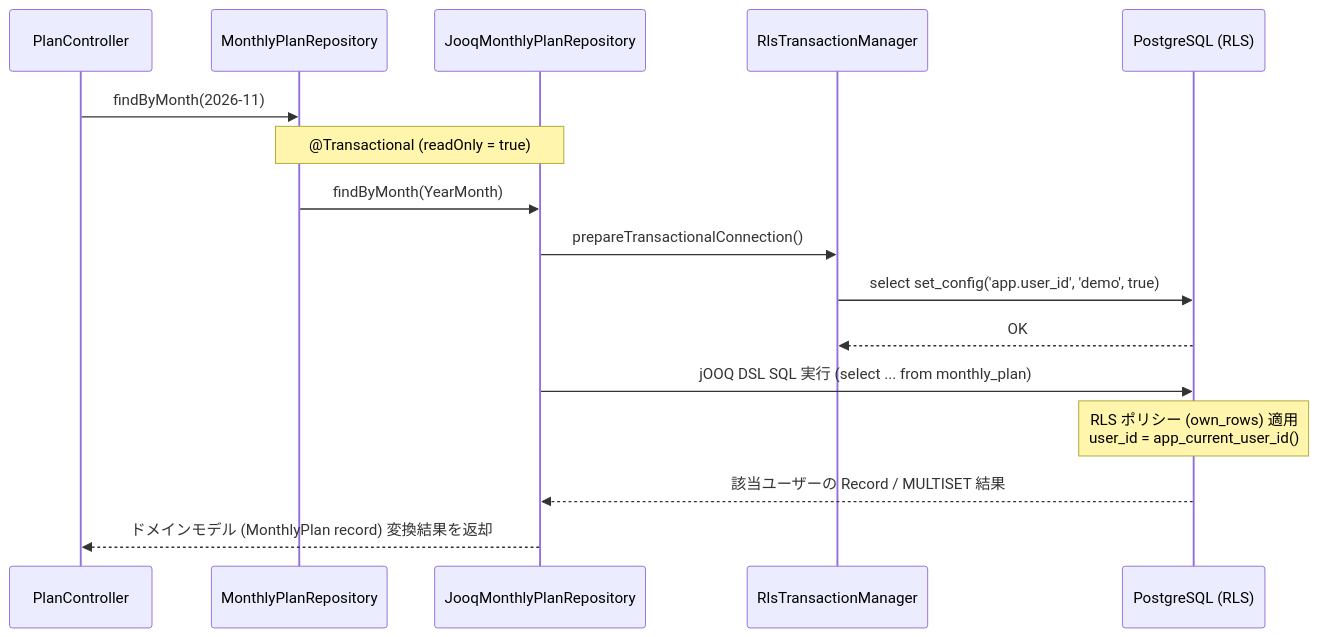
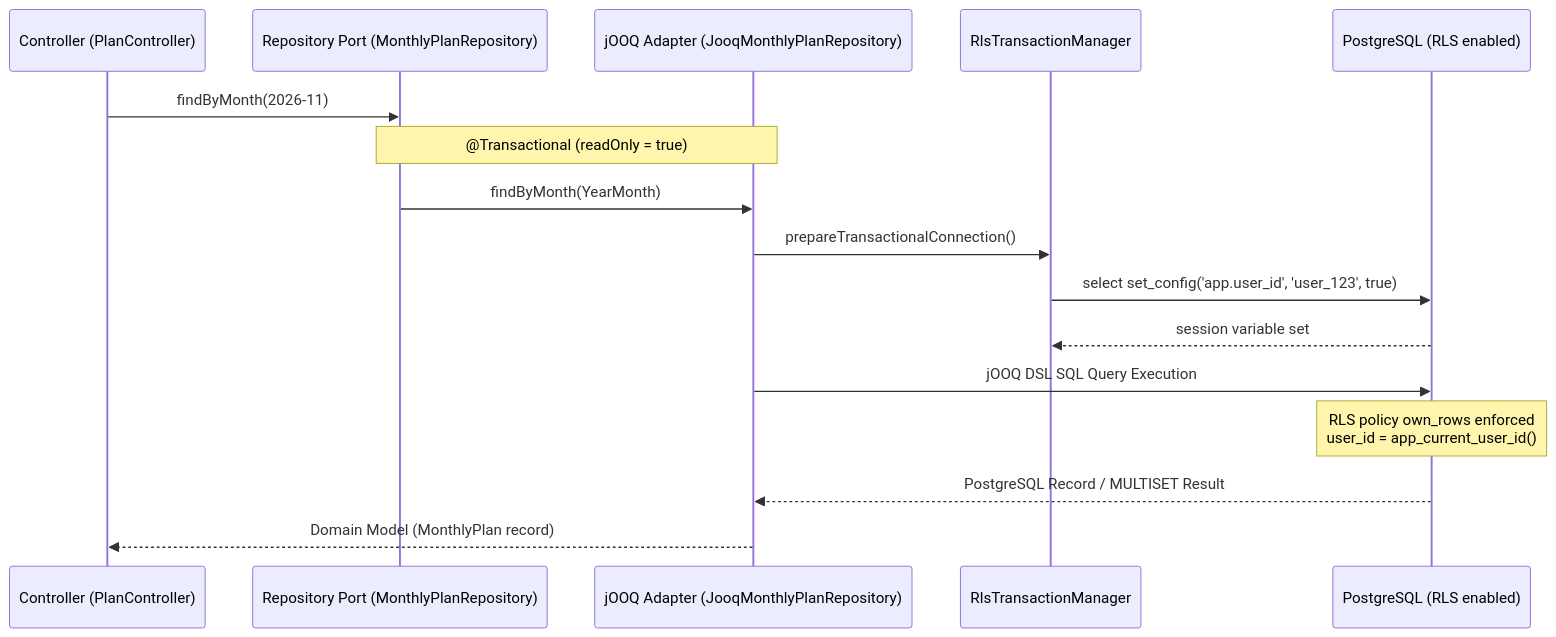
Before and after one commit to tis-abe-akira/run-buddy: the diagram in openwiki/architecture/persistence-rls.md, drawn with Mermaid. The commit also changed other lines of this file and 14 other files, not shown here.

````diff
--- a/openwiki/architecture/persistence-rls.md
+++ b/openwiki/architecture/persistence-rls.md
@@ -108,19 +111,19 @@
 ```mermaid
 sequenceDiagram
-    participant Controller as PlanController
-    participant Port as MonthlyPlanRepository
-    participant Adapter as JooqMonthlyPlanRepository
-    participant TxManager as RlsTransactionManager
-    participant Database as PostgreSQL (RLS)
+    participant C as Controller (PlanController)
+    participant P as Repository Port (MonthlyPlanRepository)
+    participant A as jOOQ Adapter (JooqMonthlyPlanRepository)
+    participant TM as RlsTransactionManager
+    participant DB as PostgreSQL (RLS enabled)
 
-    Controller->>Port: findByMonth(2026-11)
-    Note over Port,Adapter: @Transactional (readOnly = true)
-    Port->>Adapter: findByMonth(YearMonth)
-    Adapter->>TxManager: prepareTransactionalConnection()
-    TxManager->>Database: select set_config('app.user_id', 'demo', true)
-    Database-->>TxManager: OK
-    Adapter->>Database: jOOQ DSL SQL 実行 (select ... from monthly_plan)
-    Note over Database: RLS ポリシー (own_rows) 適用<br/>user_id = app_current_user_id()
-    Database-->>Adapter: 該当ユーザーの Record / MULTISET 結果
-    Adapter-->>Controller: ドメインモデル (MonthlyPlan record) 変換結果を返却
+    C->>P: findByMonth(2026-11)
+    Note over P,A: @Transactional (readOnly = true)
+    P->>A: findByMonth(YearMonth)
+    A->>TM: prepareTransactionalConnection()
+    TM->>DB: select set_config('app.user_id', 'user_123', true)
+    DB-->>TM: session variable set
+    A->>DB: jOOQ DSL SQL Query Execution
+    Note over DB: RLS policy own_rows enforced<br/>user_id = app_current_user_id()
+    DB-->>A: PostgreSQL Record / MULTISET Result
+    A-->>C: Domain Model (MonthlyPlan record)
 ```
````
